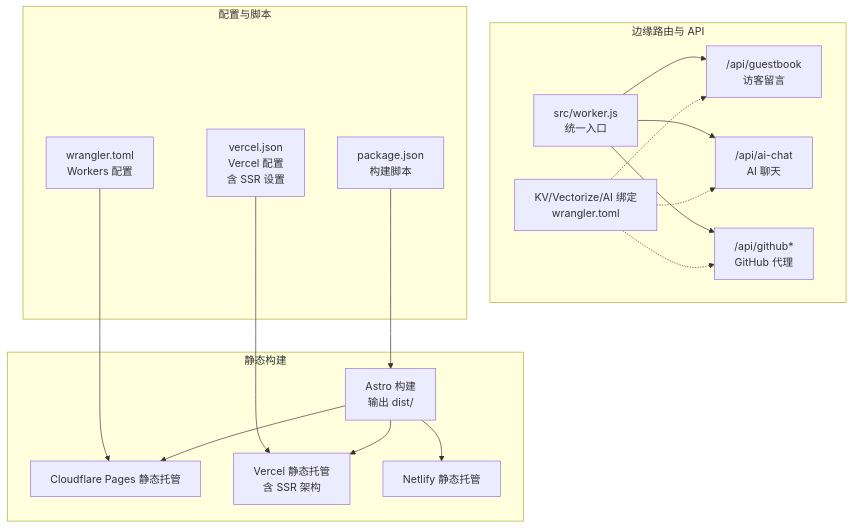
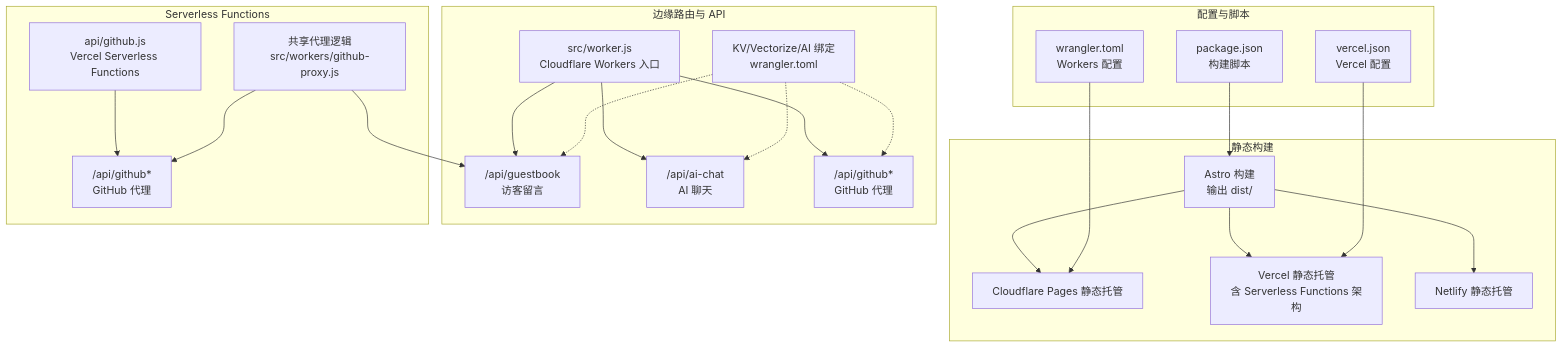
The first of 6 diagrams in .qoder/repowiki/zh/content/构建与部署/部署平台配置.md (olx2990684400-sketch/olx-my-blog), drawn with Mermaid before and after one commit. The commit also changed other lines of this file and 74 other files, not shown here.

````diff
--- a/.qoder/repowiki/zh/content/构建与部署/部署平台配置.md
+++ b/.qoder/repowiki/zh/content/构建与部署/部署平台配置.md
@@ -59,21 +60,26 @@
 ```mermaid
 graph TB
 subgraph "静态构建"
 A["Astro 构建<br/>输出 dist/"] --> D["Cloudflare Pages 静态托管"]
-A --> E["Vercel 静态托管<br/>含 SSR 架构"]
+A --> E["Vercel 静态托管<br/>含 Serverless Functions 架构"]
 A --> F["Netlify 静态托管"]
 end
 subgraph "边缘路由与 API"
-B["src/worker.js<br/>统一入口"] --> G["/api/guestbook<br/>访客留言"]
+B["src/worker.js<br/>Cloudflare Workers 入口"] --> G["/api/guestbook<br/>访客留言"]
 B --> H["/api/ai-chat<br/>AI 聊天"]
 B --> I["/api/github*<br/>GitHub 代理"]
 J["KV/Vectorize/AI 绑定<br/>wrangler.toml"] -.-> G
 J -.-> H
 J -.-> I
 end
+subgraph "Serverless Functions"
+K["api/github.js<br/>Vercel Serverless Functions"] --> L["/api/github*<br/>GitHub 代理"]
+M["共享代理逻辑<br/>src/workers/github-proxy.js"] --> G
+M --> L
+end
 subgraph "配置与脚本"
-K["vercel.json<br/>Vercel 配置<br/>含 SSR 设置"] --> E
-L["wrangler.toml<br/>Workers 配置"] --> D
-M["package.json<br/>构建脚本"] --> A
+N["vercel.json<br/>Vercel 配置"] --> E
+O["wrangler.toml<br/>Workers 配置"] --> D
+P["package.json<br/>构建脚本"] --> A
 end
 ```
````
